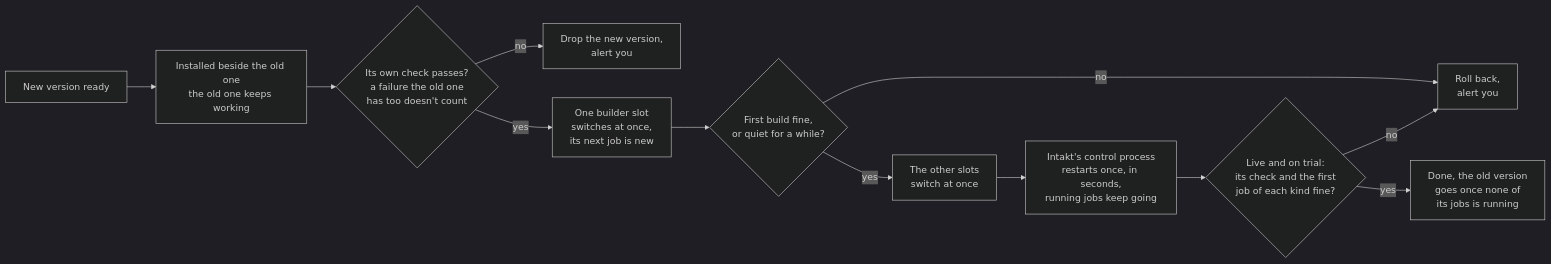
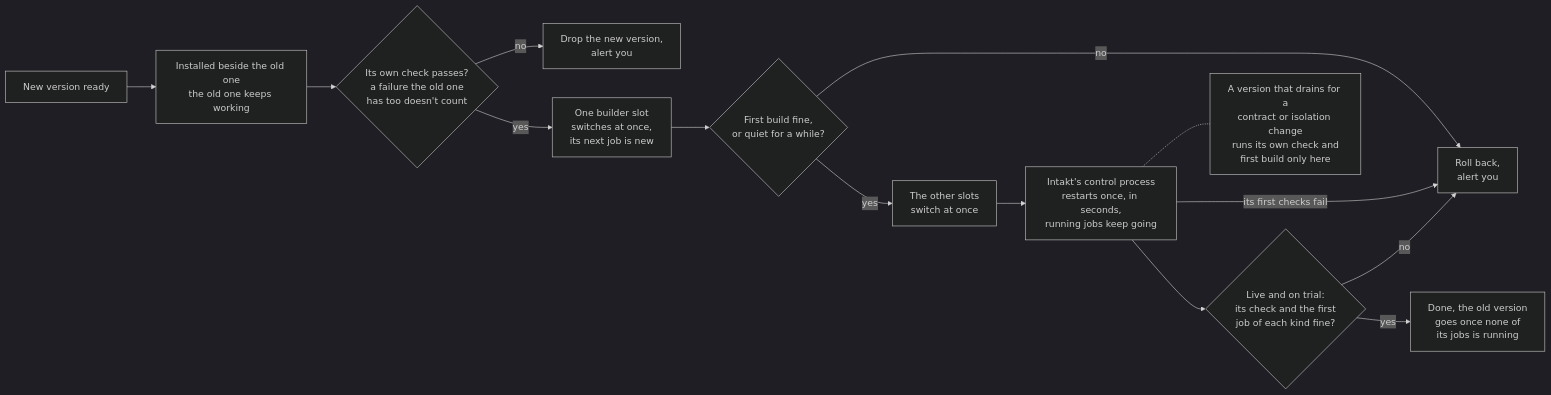
The fifth of 5 diagrams in docs/guide/the-engine-room.md (shinyredapples/intakt), drawn with Mermaid (dark theme) before and after one commit. The commit also changed other lines of this file and 4 other files, not shown here.

Commit message:
docs(design): decide drain releases and failed start checks in the update flow

````diff
--- a/docs/guide/the-engine-room.md
+++ b/docs/guide/the-engine-room.md
@@ -179,14 +179,16 @@
 ```mermaid
 flowchart LR
   a[New version ready] --> b[Installed beside the old one<br/>the old one keeps working]
   b --> c{Its own check passes?<br/>a failure the old one<br/>has too doesn't count}
   c -- no --> g[Drop the new version,<br/>alert you]
   c -- yes --> d[One builder slot<br/>switches at once,<br/>its next job is new]
   d --> e{First build fine,<br/>or quiet for a while?}
   e -- no --> h[Roll back,<br/>alert you]
   e -- yes --> f[The other slots<br/>switch at once]
   f --> j[Intakt's control process<br/>restarts once, in seconds,<br/>running jobs keep going]
+  j -.- k[A version that drains for a<br/>contract or isolation change<br/>runs its own check and<br/>first build only here]
+  j -- its first checks fail --> h
   j --> l{Live and on trial:<br/>its check and the first<br/>job of each kind fine?}
   l -- no --> h
   l -- yes --> m[Done, the old version<br/>goes once none of<br/>its jobs is running]
 ```
````
